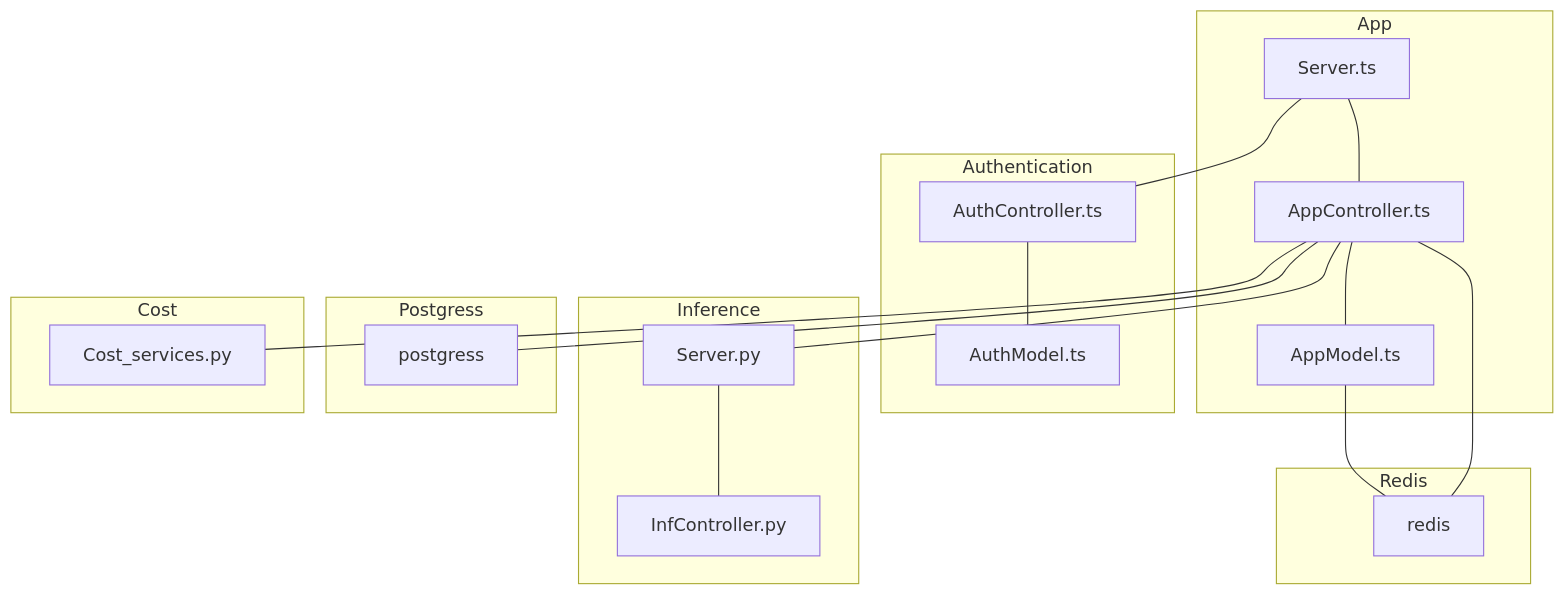
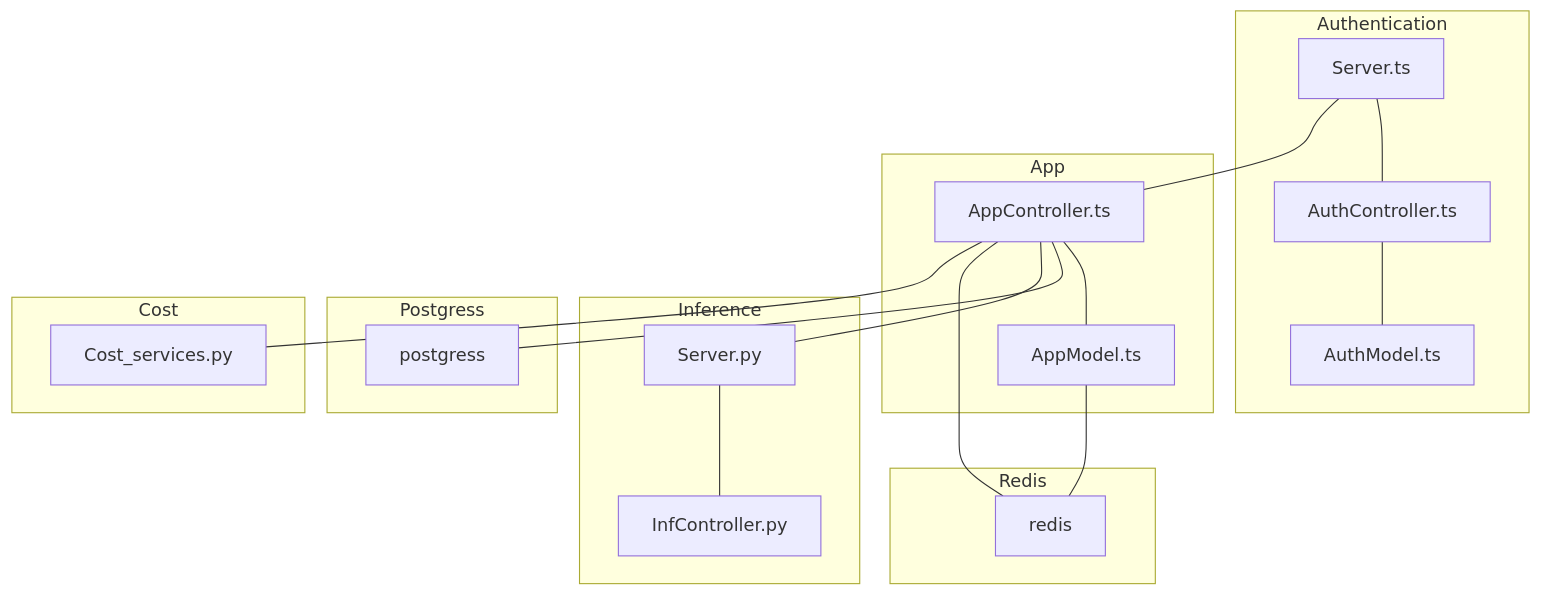
One commit to AgneseBruglia/PA2024 changed the second of 16 diagrams in README.md. Above: the diagram before and after it, drawn with Mermaid.

````diff
--- a/README.md
+++ b/README.md
@@ -54,40 +54,41 @@
 ```mermaid
 graph TD;
-    subgraph App
-    Server.ts --- AppController.ts 
-    AppController.ts 
-    AppModel.ts 
-    AppController.ts --- AppModel.ts
-    end
 
     subgraph Redis
     redis
     end
 
     subgraph Authentication
     Server.ts --- AuthController.ts
     AuthController.ts 
     AuthModel.ts 
     AuthController.ts --- AuthModel.ts
+    end
+
+    subgraph App
+    Server.ts --- AppController.ts 
+    AppController.ts 
+    AppModel.ts 
+    AppController.ts --- AppModel.ts
     end
 
     subgraph Inference
     Server.py --- InfController.py
     InfController.py
     end
 
     subgraph Postgress
     postgress
     end
 
     subgraph Cost
     Cost_services.py
     end
 
     AppModel.ts --- redis
     AppController.ts --- postgress
     AppController.ts --- Server.py
     AppController.ts --- redis
     AppController.ts --- Cost_services.py
 
 ```
````
